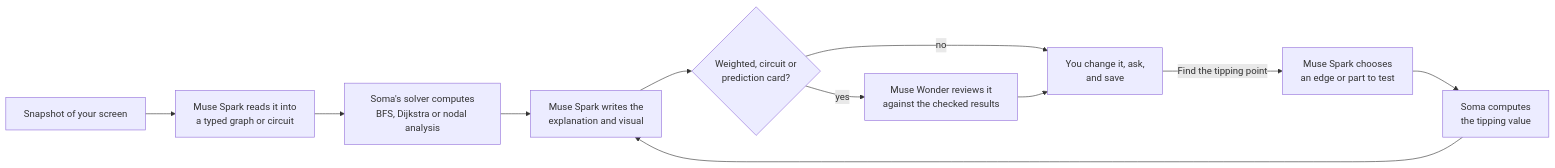
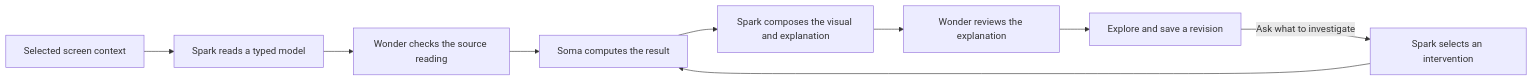
One commit to Jeremiah-Sakuda/soma changed the diagram in README.md. Above: the diagram before and after it, drawn with Mermaid. The commit also changed other lines of this file and 733 other files, not shown here.

````diff
--- a/README.md
+++ b/README.md
@@ -43,13 +25,11 @@
 ```mermaid
 flowchart LR
-  A[Snapshot of your screen] --> B[Muse Spark reads it into<br/>a typed graph or circuit]
-  B --> C[Soma's solver computes<br/>BFS, Dijkstra or nodal analysis]
-  C --> F[Muse Spark writes the<br/>explanation and visual]
-  F --> G{Weighted, circuit or<br/>prediction card?}
-  G -- yes --> W[Muse Wonder reviews it<br/>against the checked results]
-  G -- no --> H
-  W --> H[You change it, ask,<br/>and save]
-  H -- Find the tipping point --> D[Muse Spark chooses<br/>an edge or part to test]
-  D --> E[Soma computes<br/>the tipping value]
-  E --> F
+    A[Selected screen context] --> B[Spark reads a typed model]
+    B --> C[Wonder checks the source reading]
+    C --> D[Soma computes the result]
+    D --> E[Spark composes the visual and explanation]
+    E --> F[Wonder reviews the explanation]
+    F --> G[Explore and save a revision]
+    G -->|Ask what to investigate| H[Spark selects an intervention]
+    H --> D
 ```
````
